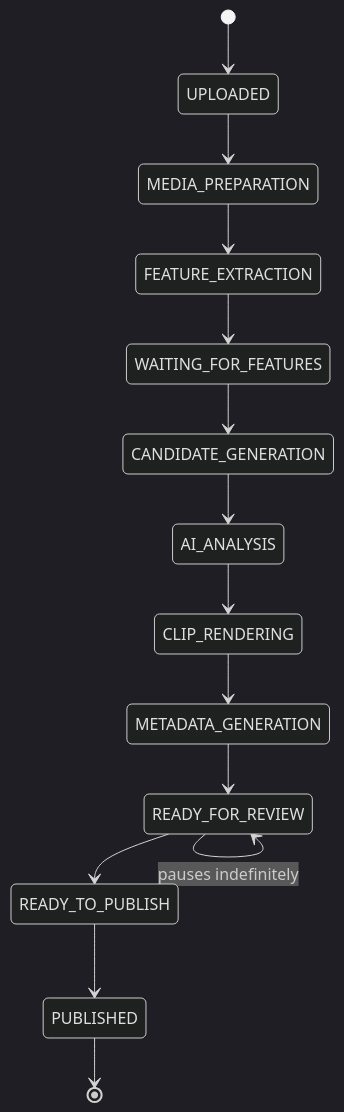
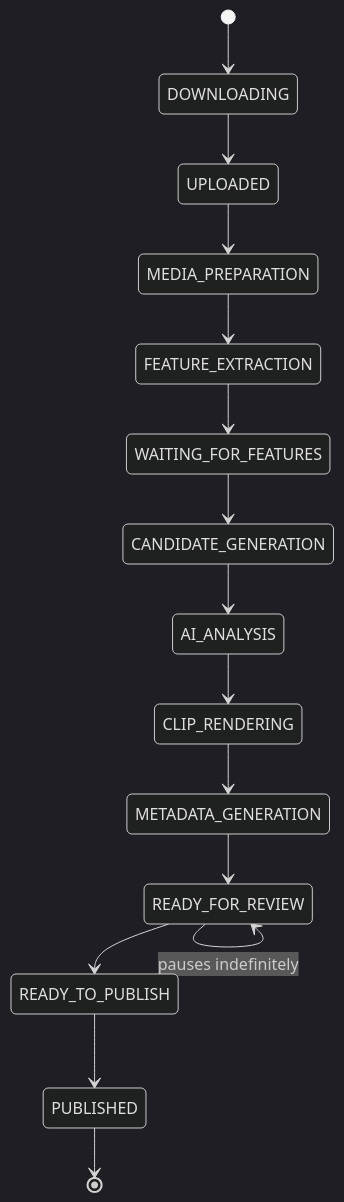
Before and after one commit to dashaun-ai/kirinuki: the third of 3 diagrams in docs/ARCHITECTURE.md, drawn with Mermaid (dark theme). The commit also changed 1 other file, not shown here.

Commit message:
fix: update state diagram to reflect downloading stage before upload

````diff
--- a/docs/ARCHITECTURE.md
+++ b/docs/ARCHITECTURE.md
@@ -187,16 +187,17 @@
 ```mermaid
 stateDiagram-v2
-    [*] --> UPLOADED
+    [*] --> DOWNLOADING
+    DOWNLOADING --> UPLOADED
     UPLOADED --> MEDIA_PREPARATION
     MEDIA_PREPARATION --> FEATURE_EXTRACTION
     FEATURE_EXTRACTION --> WAITING_FOR_FEATURES
     WAITING_FOR_FEATURES --> CANDIDATE_GENERATION
     CANDIDATE_GENERATION --> AI_ANALYSIS
     AI_ANALYSIS --> CLIP_RENDERING
     CLIP_RENDERING --> METADATA_GENERATION
     METADATA_GENERATION --> READY_FOR_REVIEW
     READY_FOR_REVIEW --> READY_TO_PUBLISH
     READY_TO_PUBLISH --> PUBLISHED
     READY_FOR_REVIEW --> READY_FOR_REVIEW: pauses indefinitely
     PUBLISHED --> [*]
 ```
````
